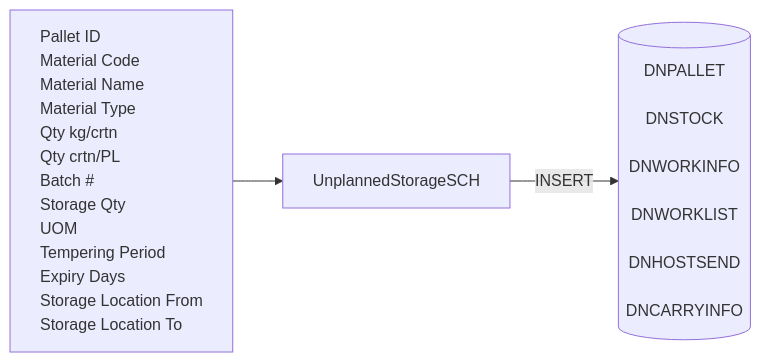
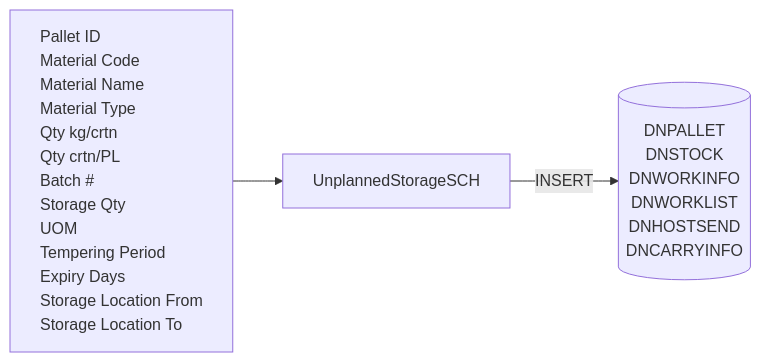
The first of 5 diagrams in Basic-Design/DFD-WMS/Storage/Unplanned-Storage/Unplanned-Storage-from-OP-Area.md (luthfiadityaa/SimeDarby-Wiki), drawn with Mermaid before and after one commit.

Commit message:
Updated Unplanned Storage from OP Area

```diff
--- a/Basic-Design/DFD-WMS/Storage/Unplanned-Storage/Unplanned-Storage-from-OP-Area.md
+++ b/Basic-Design/DFD-WMS/Storage/Unplanned-Storage/Unplanned-Storage-from-OP-Area.md
@@ -24,34 +24,34 @@
 ::: mermaid
 flowchart LR
     input[
         Pallet ID
         Material Code
         Material Name
         Material Type
         Qty kg/crtn
         Qty crtn/PL
         Batch #
         Storage Qty
         UOM
         Tempering Period
         Expiry Days
         Storage Location From
         Storage Location To        
     ]
 
     tableList-insert[("
-        DNPALLET<br>
-        DNSTOCK<br>
-        DNWORKINFO<br>
-        DNWORKLIST<br>
-        DNHOSTSEND<br>
-        DNCARRYINFO<br>
+        DNPALLET
+        DNSTOCK
+        DNWORKINFO
+        DNWORKLIST
+        DNHOSTSEND
+        DNCARRYINFO
     ")]
 
     className[UnplannedStorageSCH]
 
     input --> className --> |INSERT| tableList-insert
 
     classDef leftAlign text-align:left;
     class input leftAlign;
 :::
```
